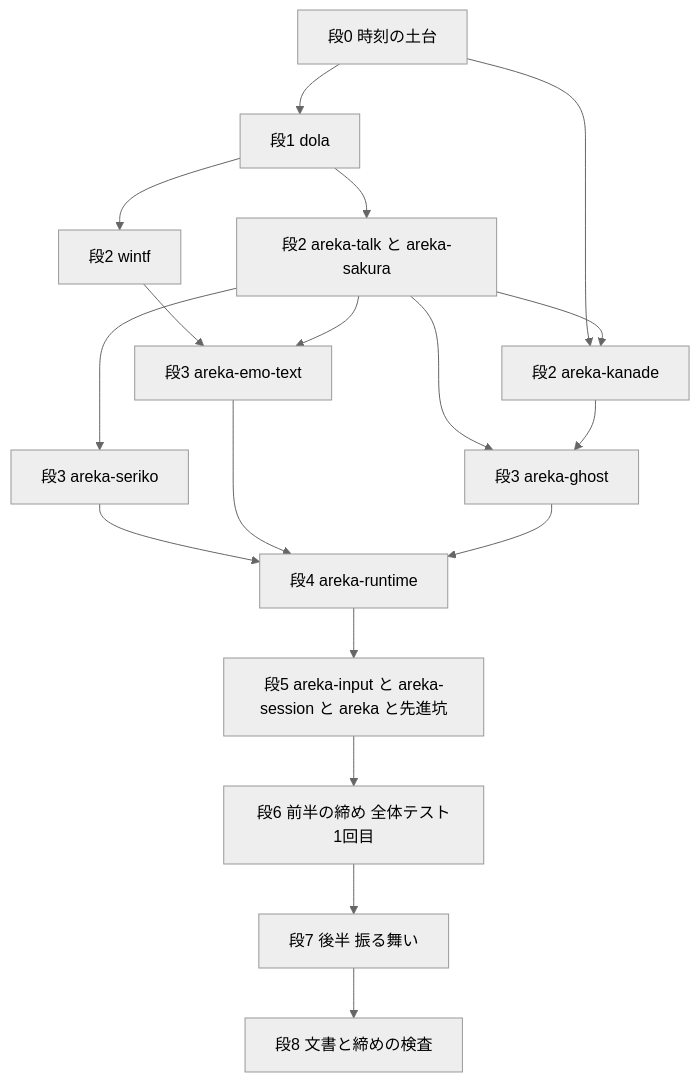
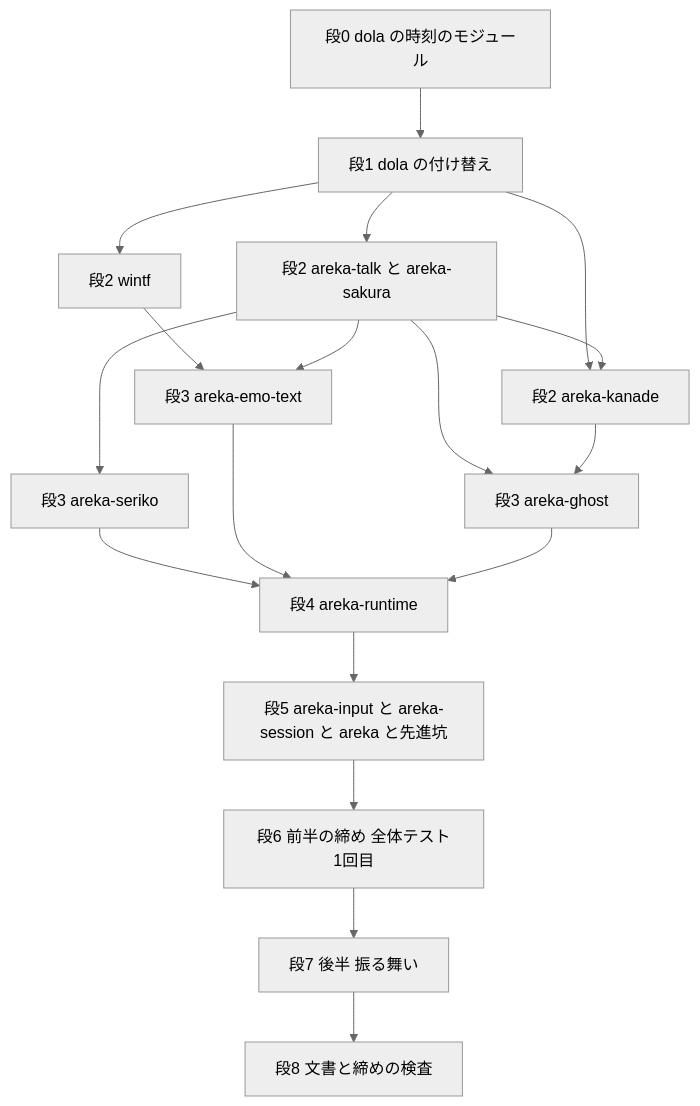
Before and after one commit to ekicyou/areka: the fourth of 4 diagrams in .kiro/specs/dola-interrupt-ticks/design.md, drawn with Mermaid (neutral theme). The commit also changed other lines of this file and 2 other files, not shown here.

First line of the commit message:
docs(dola-interrupt-ticks): 設計議題1〜7 を確定

````diff
--- a/.kiro/specs/dola-interrupt-ticks/design.md
+++ b/.kiro/specs/dola-interrupt-ticks/design.md
@@ -1190,33 +1409,33 @@
 ```mermaid
 graph TB
-    S0[段0 時刻の土台]
-    S1[段1 dola]
+    S0[段0 dola の時刻のモジュール]
+    S1[段1 dola の付け替え]
     S2a[段2 wintf]
     S2b[段2 areka-talk と areka-sakura]
     S2c[段2 areka-kanade]
     S3a[段3 areka-seriko]
     S3b[段3 areka-emo-text]
     S3c[段3 areka-ghost]
     S4[段4 areka-runtime]
     S5[段5 areka-input と areka-session と areka と先進坑]
     S6[段6 前半の締め 全体テスト1回目]
     S7[段7 後半 振る舞い]
     S8[段8 文書と締めの検査]
     S0 --> S1
     S1 --> S2a
     S1 --> S2b
-    S0 --> S2c
+    S1 --> S2c
     S2b --> S2c
     S2b --> S3a
     S2a --> S3b
     S2b --> S3b
     S2b --> S3c
     S2c --> S3c
     S3a --> S4
     S3b --> S4
     S3c --> S4
     S4 --> S5
     S5 --> S6
     S6 --> S7
     S7 --> S8
 ```
````
